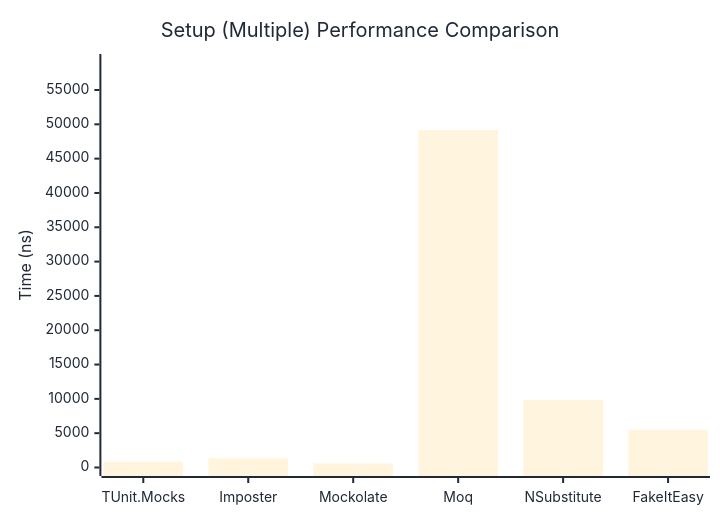
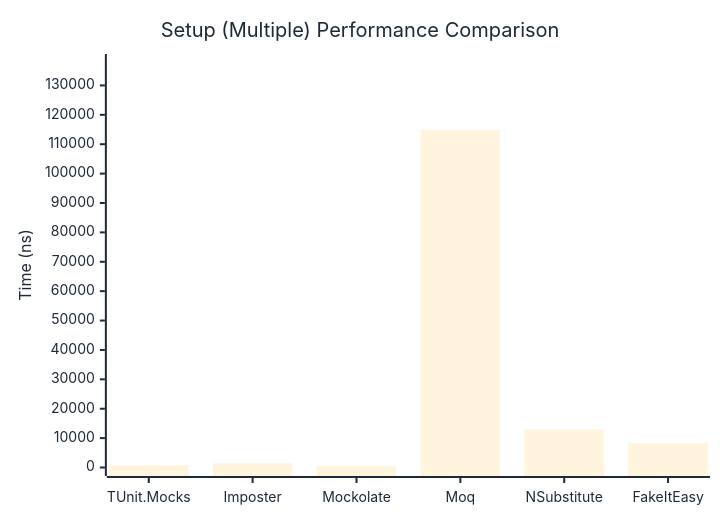
The second of 2 diagrams in docs/docs/benchmarks/mocks/Setup.md (thomhurst/TUnit), drawn with Mermaid before and after one commit. The commit also changed other lines of this file and 14 other files, not shown here.

````diff
--- a/docs/docs/benchmarks/mocks/Setup.md
+++ b/docs/docs/benchmarks/mocks/Setup.md
@@ -71,27 +71,27 @@
 ```mermaid
 %%{init: {
   'theme':'base',
   'themeVariables': {
     'primaryColor': '#2563eb',
     'primaryTextColor': '#1f2937',
     'primaryBorderColor': '#1e40af',
     'lineColor': '#6b7280',
     'secondaryColor': '#7c3aed',
     'tertiaryColor': '#dc2626',
     'background': '#ffffff',
     'pie1': '#2563eb',
     'pie2': '#7c3aed',
     'pie3': '#dc2626',
     'pie4': '#f59e0b',
     'pie5': '#10b981',
     'pie6': '#06b6d4',
     'pie7': '#ec4899',
     'pie8': '#6366f1'
   }
 }}%%
 xychart-beta
   title "Setup (Multiple) Performance Comparison"
   x-axis ["TUnit.Mocks", "Imposter", "Mockolate", "Moq", "NSubstitute", "FakeItEasy"]
-  y-axis "Time (ns)" 0 --> 59007
-  bar [851.2, 1339.3, 590, 49172.5, 9824.5, 5495.6]
+  y-axis "Time (ns)" 0 --> 137804
+  bar [801.5, 1414.3, 554.8, 114836, 12917.8, 8231.9]
 ```
````
